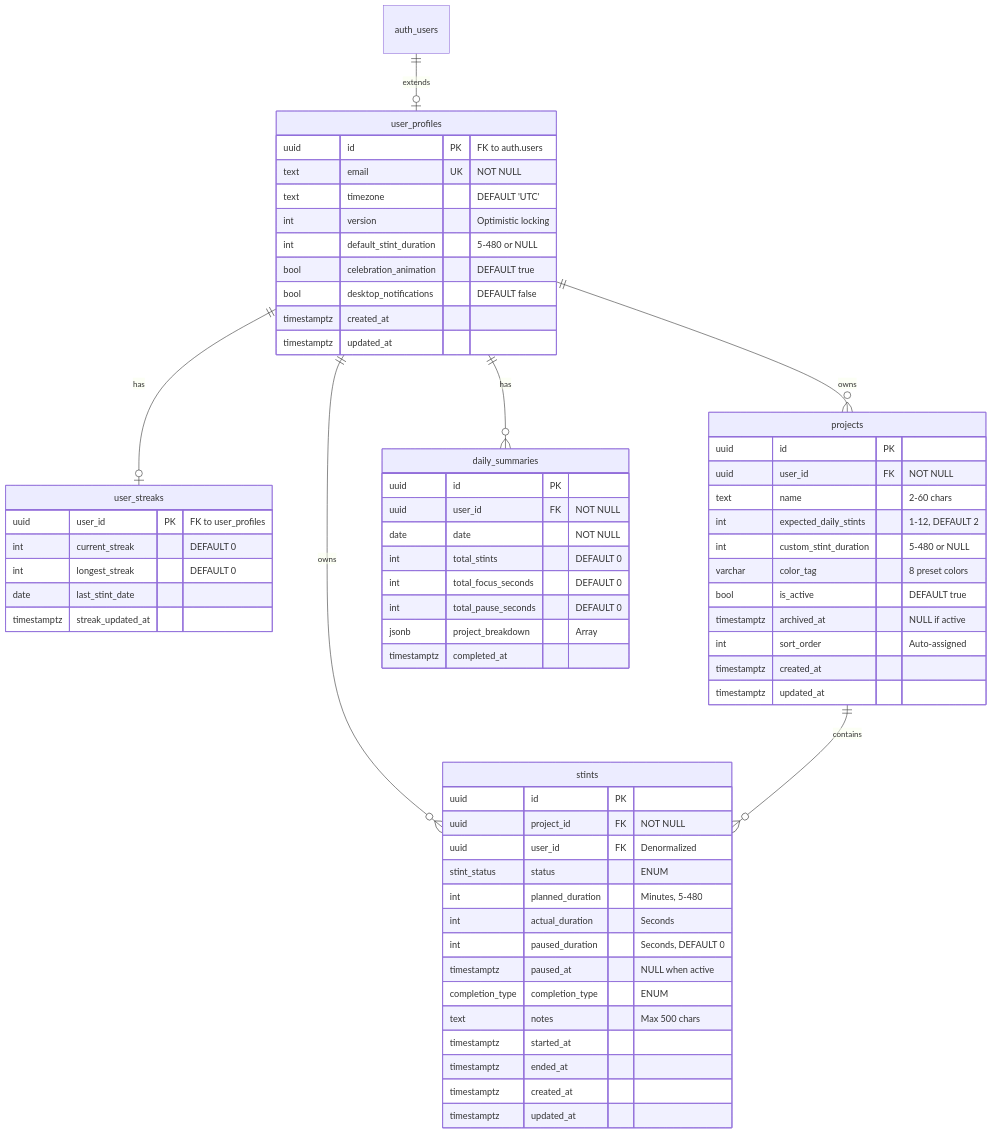
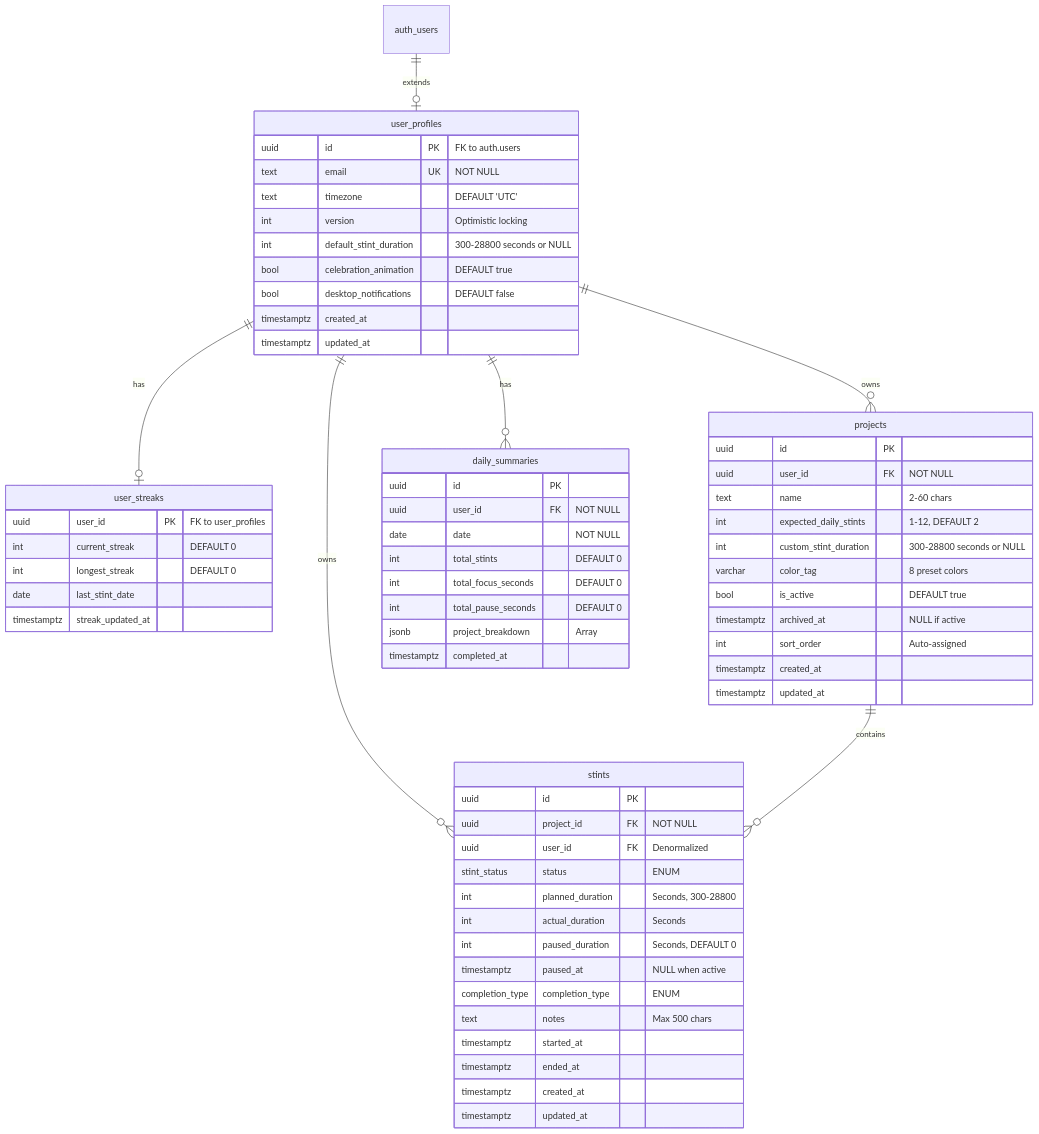
The first of 3 diagrams in docs/05-database-schema.md (aesir-tecnologia/202501), drawn with Mermaid before and after one commit. The commit also changed other lines of this file and 17 other files, not shown here.

First line of the commit message:
refactor(db): standardize all duration fields to seconds (#28)

````diff
--- a/docs/05-database-schema.md
+++ b/docs/05-database-schema.md
@@ -683,71 +683,71 @@
 ```mermaid
 erDiagram
     auth_users ||--o| user_profiles : "extends"
     user_profiles ||--o| user_streaks : "has"
     user_profiles ||--o{ projects : "owns"
     user_profiles ||--o{ stints : "owns"
     user_profiles ||--o{ daily_summaries : "has"
     projects ||--o{ stints : "contains"
 
     user_profiles {
         uuid id PK "FK to auth.users"
         text email UK "NOT NULL"
         text timezone "DEFAULT 'UTC'"
         int version "Optimistic locking"
-        int default_stint_duration "5-480 or NULL"
+        int default_stint_duration "300-28800 seconds or NULL"
         bool celebration_animation "DEFAULT true"
         bool desktop_notifications "DEFAULT false"
         timestamptz created_at
         timestamptz updated_at
     }
 
     projects {
         uuid id PK
         uuid user_id FK "NOT NULL"
         text name "2-60 chars"
         int expected_daily_stints "1-12, DEFAULT 2"
-        int custom_stint_duration "5-480 or NULL"
+        int custom_stint_duration "300-28800 seconds or NULL"
         varchar color_tag "8 preset colors"
         bool is_active "DEFAULT true"
         timestamptz archived_at "NULL if active"
         int sort_order "Auto-assigned"
         timestamptz created_at
         timestamptz updated_at
     }
 
     stints {
         uuid id PK
         uuid project_id FK "NOT NULL"
         uuid user_id FK "Denormalized"
         stint_status status "ENUM"
-        int planned_duration "Minutes, 5-480"
+        int planned_duration "Seconds, 300-28800"
         int actual_duration "Seconds"
         int paused_duration "Seconds, DEFAULT 0"
         timestamptz paused_at "NULL when active"
         completion_type completion_type "ENUM"
         text notes "Max 500 chars"
         timestamptz started_at
         timestamptz ended_at
         timestamptz created_at
         timestamptz updated_at
     }
 
     user_streaks {
         uuid user_id PK "FK to user_profiles"
         int current_streak "DEFAULT 0"
         int longest_streak "DEFAULT 0"
         date last_stint_date
         timestamptz streak_updated_at
     }
 
     daily_summaries {
         uuid id PK
         uuid user_id FK "NOT NULL"
         date date "NOT NULL"
         int total_stints "DEFAULT 0"
         int total_focus_seconds "DEFAULT 0"
         int total_pause_seconds "DEFAULT 0"
         jsonb project_breakdown "Array"
         timestamptz completed_at
     }
 ```
````
